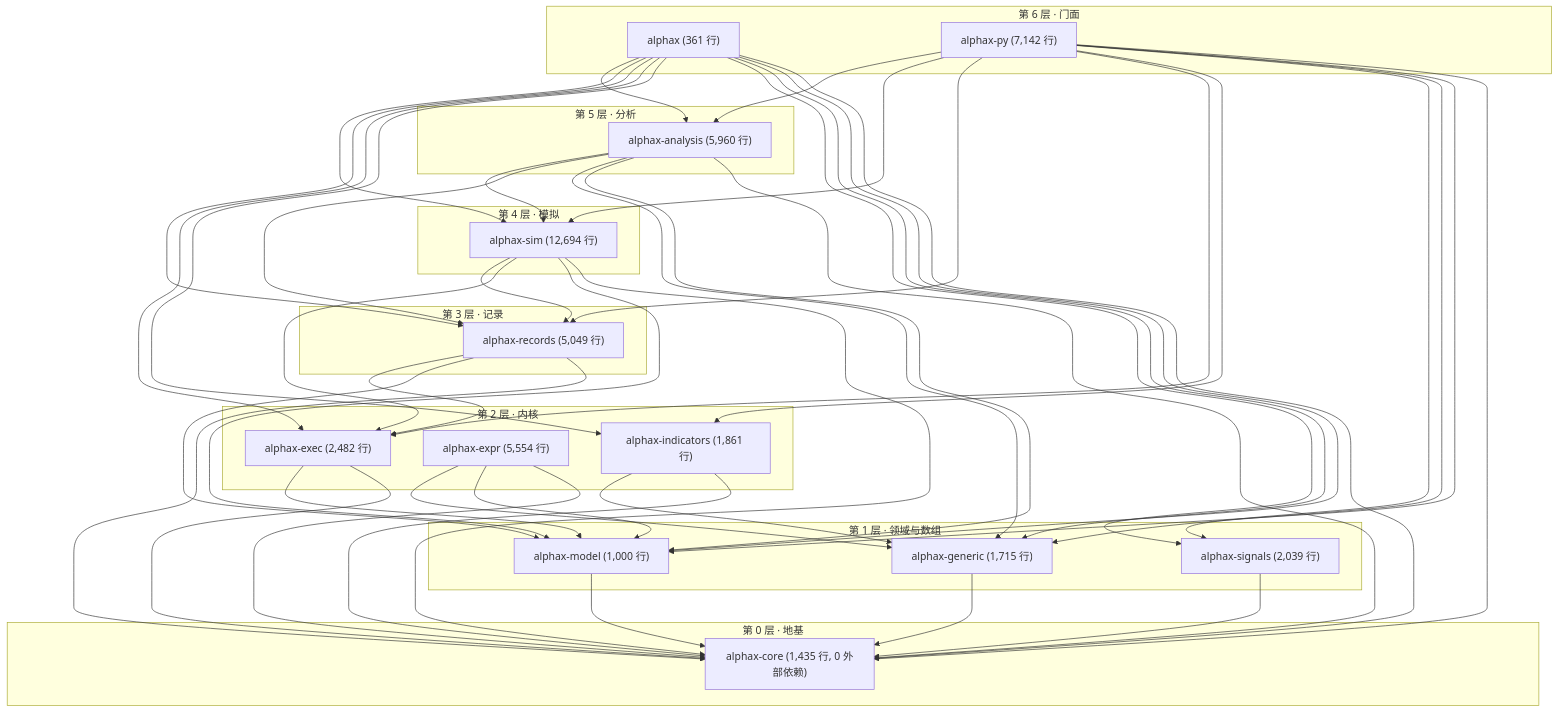
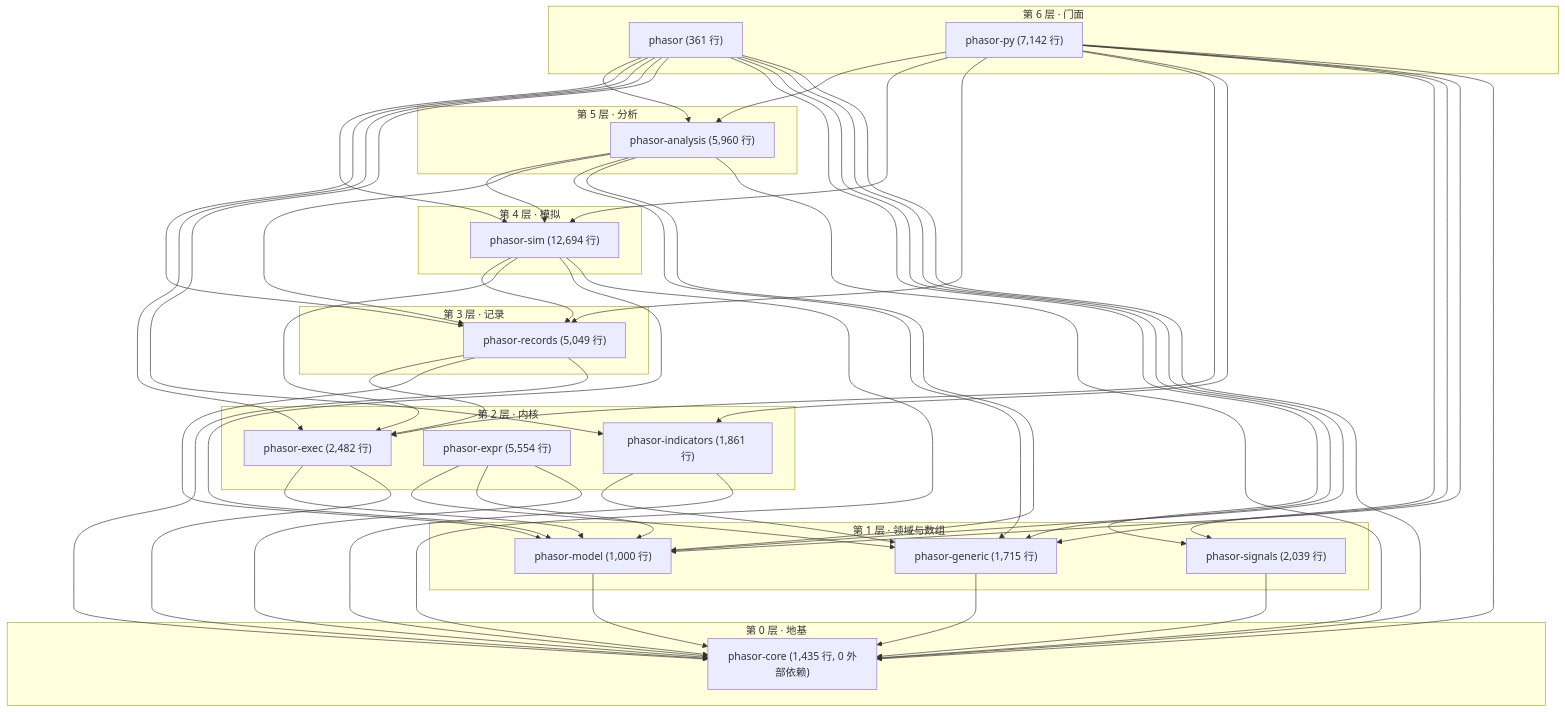
Before and after one commit to nivalume/alphax: the second of 3 diagrams in docs/README.md, drawn with Mermaid. The commit also changed other lines of this file and 37 other files, not shown here.

````diff
--- a/docs/README.md
+++ b/docs/README.md
@@ -86,48 +86,48 @@
 ```mermaid
 flowchart TD
     subgraph L6["第 6 层 · 门面"]
-        alphax["alphax (361 行)"]
-        alphax_py["alphax-py (7,142 行)"]
+        phasor["phasor (361 行)"]
+        phasor_py["phasor-py (7,142 行)"]
     end
 
     subgraph L5["第 5 层 · 分析"]
-        alphax_analysis["alphax-analysis (5,960 行)"]
+        phasor_analysis["phasor-analysis (5,960 行)"]
     end
 
     subgraph L4["第 4 层 · 模拟"]
-        alphax_sim["alphax-sim (12,694 行)"]
+        phasor_sim["phasor-sim (12,694 行)"]
     end
 
     subgraph L3["第 3 层 · 记录"]
-        alphax_records["alphax-records (5,049 行)"]
+        phasor_records["phasor-records (5,049 行)"]
     end
 
     subgraph L2["第 2 层 · 内核"]
-        alphax_exec["alphax-exec (2,482 行)"]
-        alphax_expr["alphax-expr (5,554 行)"]
-        alphax_indicators["alphax-indicators (1,861 行)"]
+        phasor_exec["phasor-exec (2,482 行)"]
+        phasor_expr["phasor-expr (5,554 行)"]
+        phasor_indicators["phasor-indicators (1,861 行)"]
     end
 
     subgraph L1["第 1 层 · 领域与数组"]
-        alphax_model["alphax-model (1,000 行)"]
-        alphax_generic["alphax-generic (1,715 行)"]
-        alphax_signals["alphax-signals (2,039 行)"]
+        phasor_model["phasor-model (1,000 行)"]
+        phasor_generic["phasor-generic (1,715 行)"]
+        phasor_signals["phasor-signals (2,039 行)"]
     end
 
     subgraph L0["第 0 层 · 地基"]
-        alphax_core["alphax-core (1,435 行, 0 外部依赖)"]
+        phasor_core["phasor-core (1,435 行, 0 外部依赖)"]
     end
 
-    alphax_py --> alphax_analysis & alphax_sim & alphax_records & alphax_exec & alphax_indicators & alphax_signals & alphax_generic & alphax_model & alphax_core
-    alphax --> alphax_analysis & alphax_sim & alphax_records & alphax_exec & alphax_indicators & alphax_signals & alphax_generic & alphax_model & alphax_core
+    phasor_py --> phasor_analysis & phasor_sim & phasor_records & phasor_exec & phasor_indicators & phasor_signals & phasor_generic & phasor_model & phasor_core
+    phasor --> phasor_analysis & phasor_sim & phasor_records & phasor_exec & phasor_indicators & phasor_signals & phasor_generic & phasor_model & phasor_core
 
-    alphax_analysis --> alphax_sim & alphax_records & alphax_generic & alphax_model & alphax_core
-    alphax_sim --> alphax_records & alphax_exec & alphax_model & alphax_core
-    alphax_records --> alphax_exec & alphax_model & alphax_core
-    alphax_exec --> alphax_model & alphax_core
-    alphax_expr --> alphax_generic & alphax_model & alphax_core
-    alphax_indicators --> alphax_generic & alphax_core
-    alphax_signals --> alphax_core
-    alphax_generic --> alphax_core
-    alphax_model --> alphax_core
+    phasor_analysis --> phasor_sim & phasor_records & phasor_generic & phasor_model & phasor_core
+    phasor_sim --> phasor_records & phasor_exec & phasor_model & phasor_core
+    phasor_records --> phasor_exec & phasor_model & phasor_core
+    phasor_exec --> phasor_model & phasor_core
+    phasor_expr --> phasor_generic & phasor_model & phasor_core
+    phasor_indicators --> phasor_generic & phasor_core
+    phasor_signals --> phasor_core
+    phasor_generic --> phasor_core
+    phasor_model --> phasor_core
 ```
````
